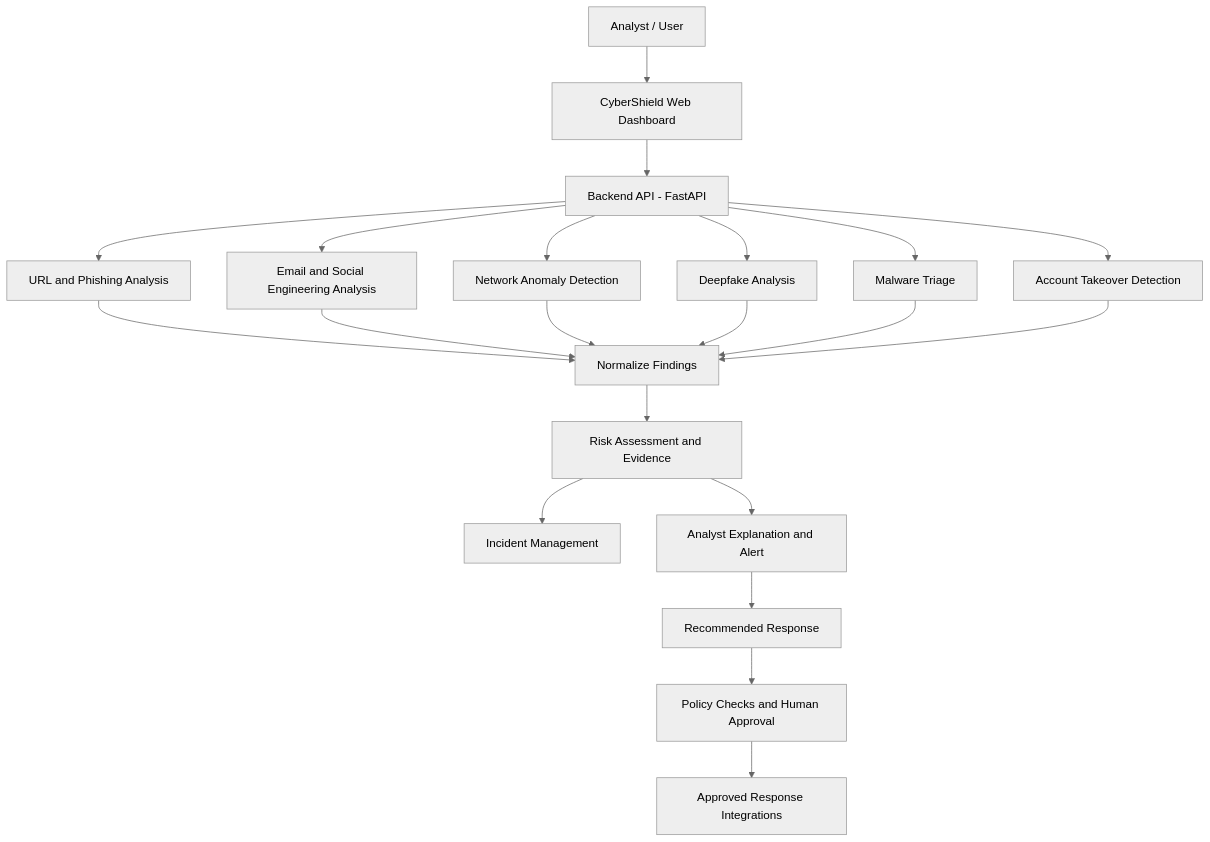
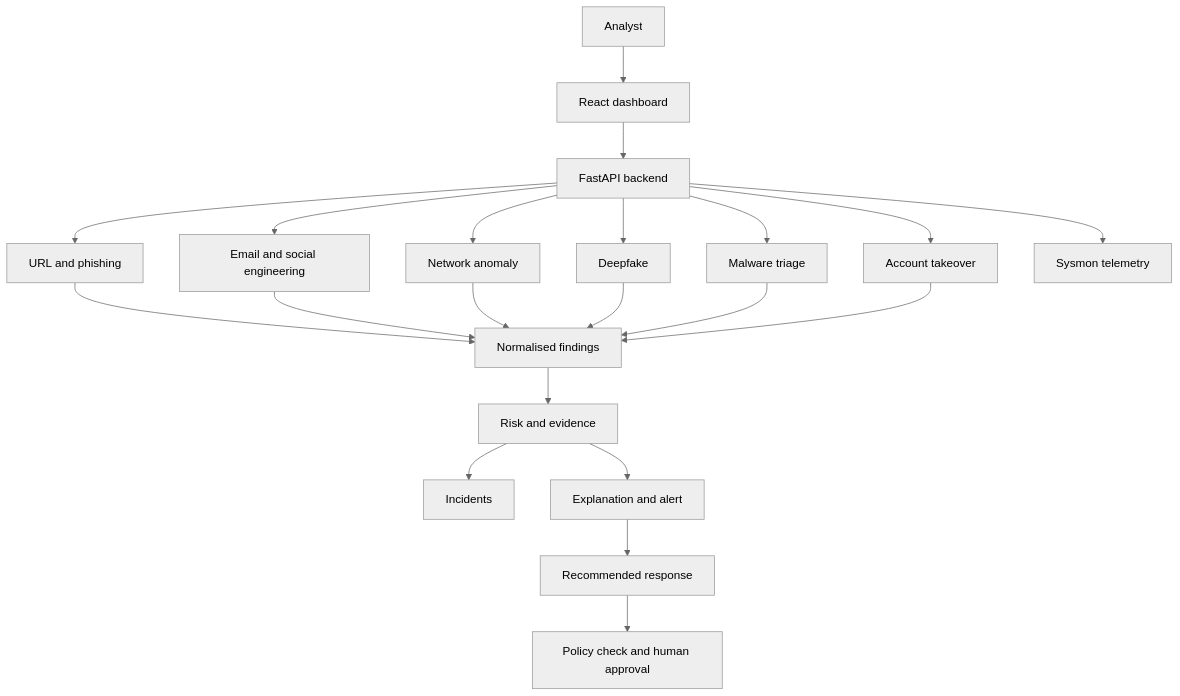
The second of 3 diagrams in README.md (Satyapt001/Evident), drawn with Mermaid (neutral theme) before and after one commit. The commit also changed other lines of this file, not shown here.

````diff
--- a/README.md
+++ b/README.md
@@ -330,26 +99,18 @@
 ```mermaid
 flowchart TD
-    A[Analyst / User] --> B[CyberShield Web Dashboard]
-    B --> C[Backend API - FastAPI]
-
-    C --> D[URL and Phishing Analysis]
-    C --> E[Email and Social Engineering Analysis]
-    C --> F[Network Anomaly Detection]
-    C --> G[Deepfake Analysis]
-    C --> H[Malware Triage]
-    C --> I[Account Takeover Detection]
-
-    D --> J[Normalize Findings]
-    E --> J
-    F --> J
-    G --> J
-    H --> J
-    I --> J
-
-    J --> K[Risk Assessment and Evidence]
-    K --> L[Incident Management]
-    K --> M[Analyst Explanation and Alert]
-    M --> N[Recommended Response]
-    N --> O[Policy Checks and Human Approval]
-    O --> P[Approved Response Integrations]
+    U[Analyst] --> UI[React dashboard]
+    UI --> API[FastAPI backend]
+    API --> URL[URL and phishing]
+    API --> EM[Email and social engineering]
+    API --> NET[Network anomaly]
+    API --> DF[Deepfake]
+    API --> MAL[Malware triage]
+    API --> ATO[Account takeover]
+    API --> TEL[Sysmon telemetry]
+    URL & EM & NET & DF & MAL & ATO --> N[Normalised findings]
+    N --> R[Risk and evidence]
+    R --> I[Incidents]
+    R --> X[Explanation and alert]
+    X --> REC[Recommended response]
+    REC --> P[Policy check and human approval]
 ```
````
